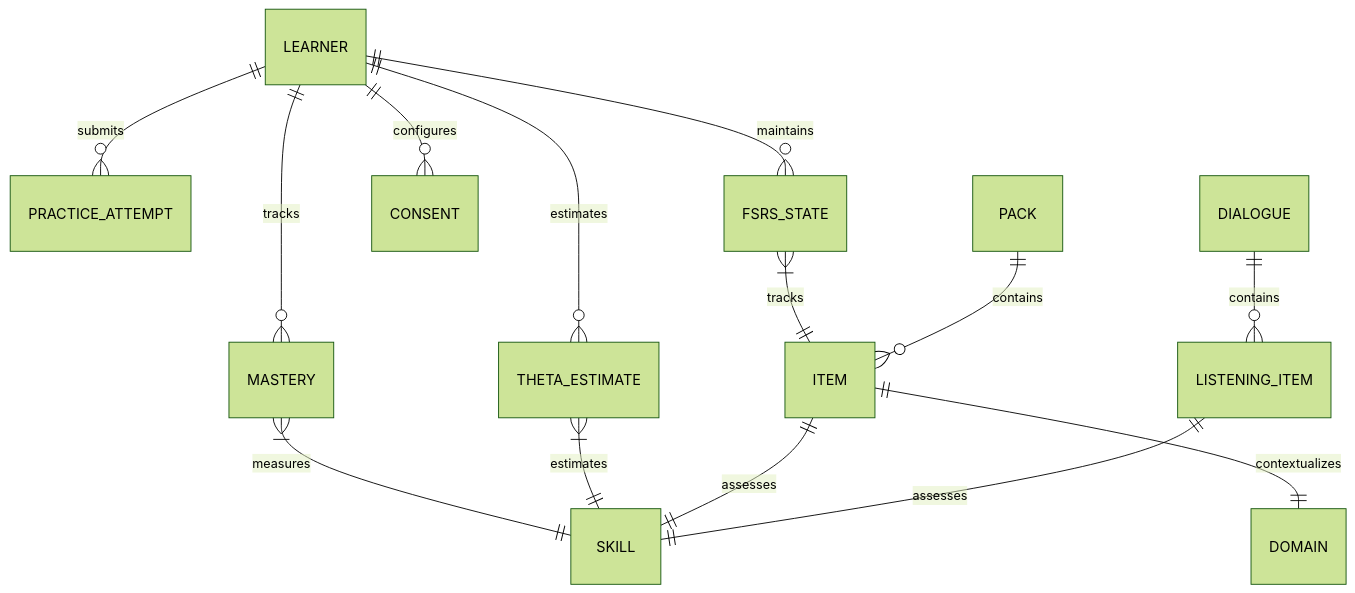
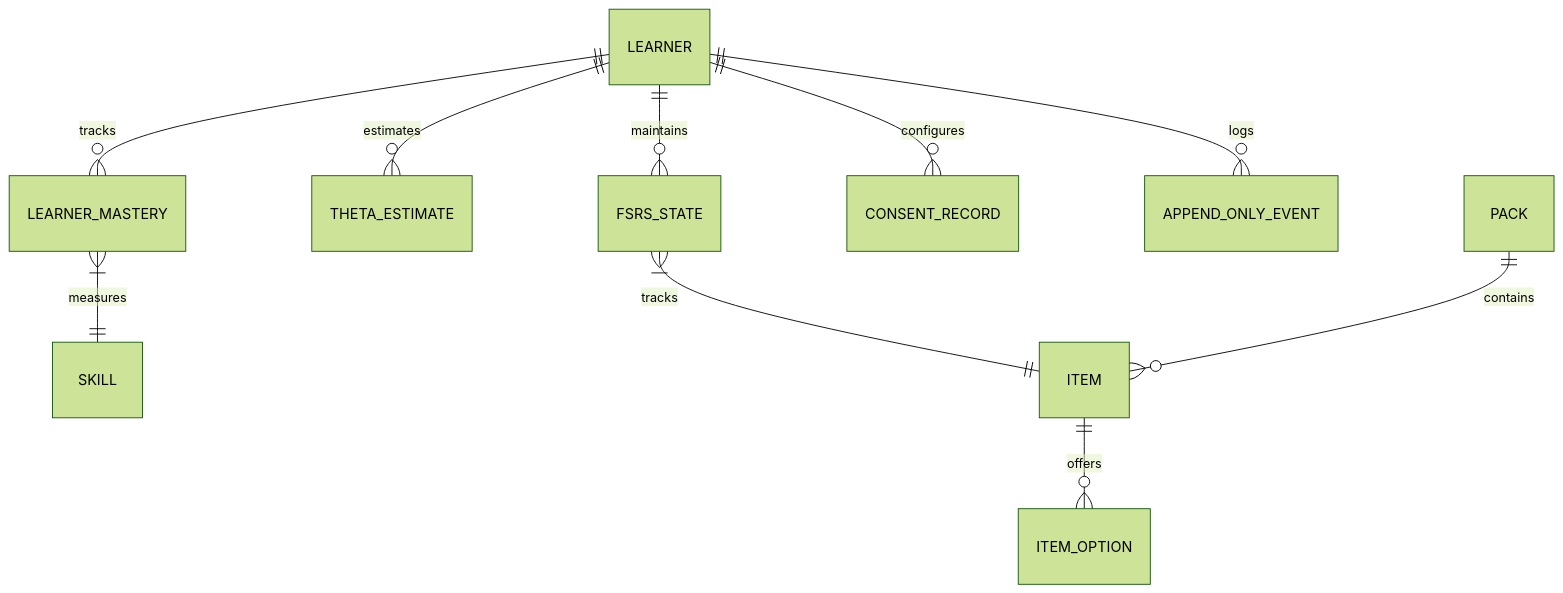
Before and after one commit to Dalmossa/Curso-de-Engles: the diagram in .opencode/skills/database-design/SKILL.md, drawn with Mermaid (forest theme). The commit also changed other lines of this file and 92 other files, not shown here.

````diff
--- a/.opencode/skills/database-design/SKILL.md
+++ b/.opencode/skills/database-design/SKILL.md
@@ -19,19 +44,12 @@
 ```mermaid
 erDiagram
-    LEARNER ||--o{ MASTERY : tracks
-    LEARNER ||--o{ PRACTICE_ATTEMPT : submits
+    LEARNER ||--o{ LEARNER_MASTERY : tracks
     LEARNER ||--o{ THETA_ESTIMATE : estimates
     LEARNER ||--o{ FSRS_STATE : maintains
-    LEARNER ||--o{ CONSENT : configures
-    
-    MASTERY }|--|| SKILL : measures
-    THETA_ESTIMATE }|--|| SKILL : estimates
+    LEARNER ||--o{ CONSENT_RECORD : configures
+    LEARNER ||--o{ APPEND_ONLY_EVENT : logs
+    LEARNER_MASTERY }|--|| SKILL : measures
     FSRS_STATE }|--|| ITEM : tracks
-    
     PACK ||--o{ ITEM : contains
-    ITEM ||--|| SKILL : assesses
-    ITEM ||--|| DOMAIN : contextualizes
-    
-    DIALOGUE ||--o{ LISTENING_ITEM : contains
-    LISTENING_ITEM ||--|| SKILL : assesses
+    ITEM ||--o{ ITEM_OPTION : offers
 ```
````
